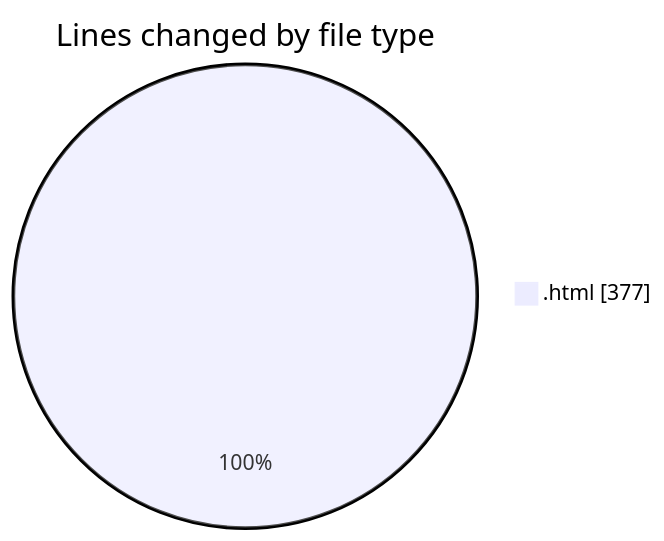
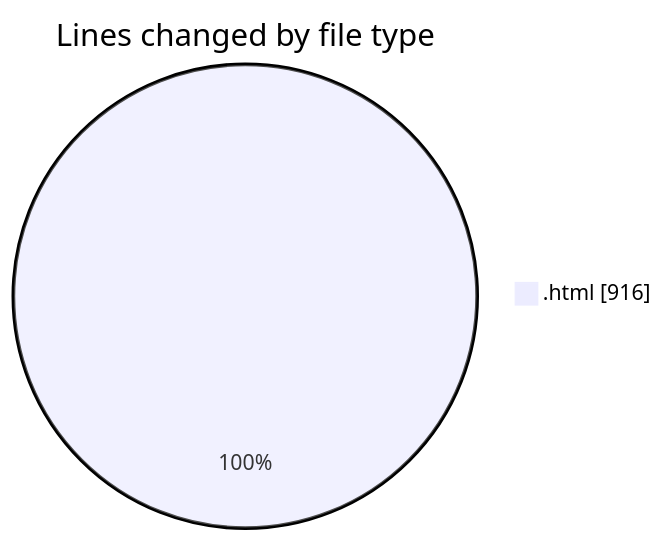
The first of 2 diagrams in 2025-02-15/0starter_files/README.md (Ritupan-Deka/code-tracking), drawn with Mermaid before and after one commit. The commit also changed other lines of this file and 1 other file, not shown here.

````diff
--- a/2025-02-15/0starter_files/README.md
+++ b/2025-02-15/0starter_files/README.md
@@ -20,5 +20,5 @@
 ```mermaid
 pie showData
 title Lines changed by file type
-".html" : 377
+".html" : 916
 ```
````
